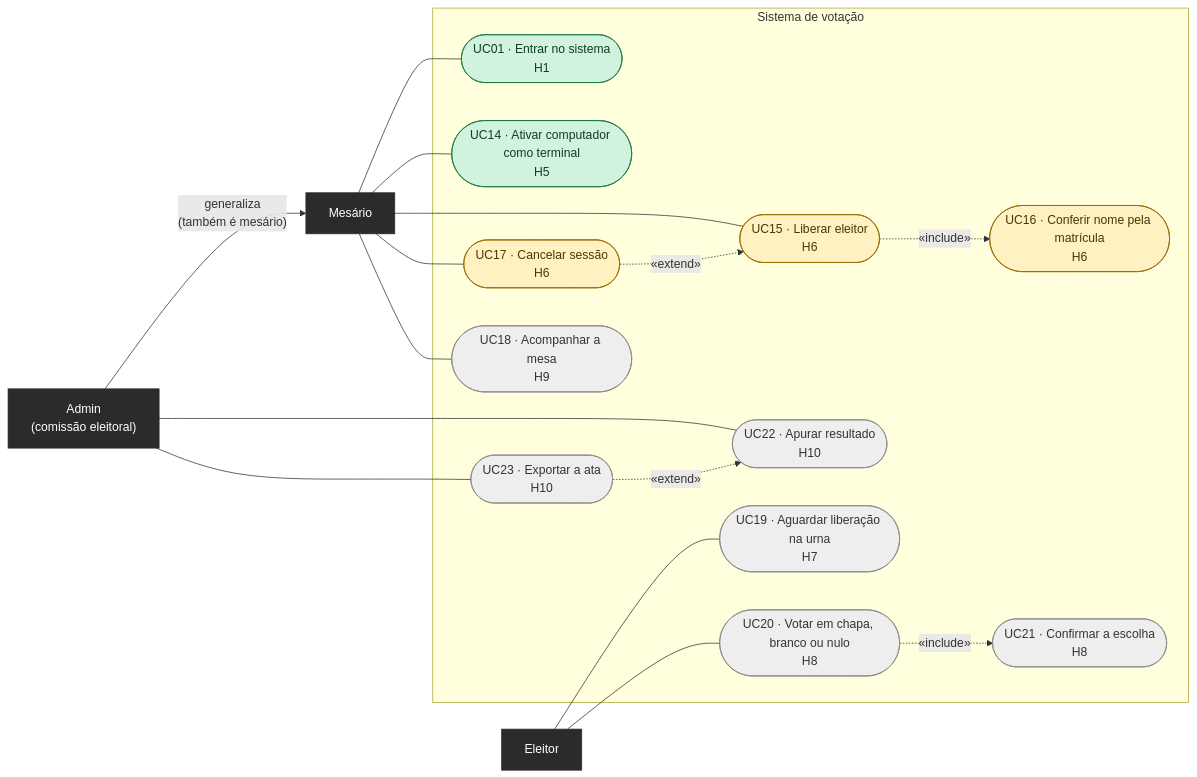
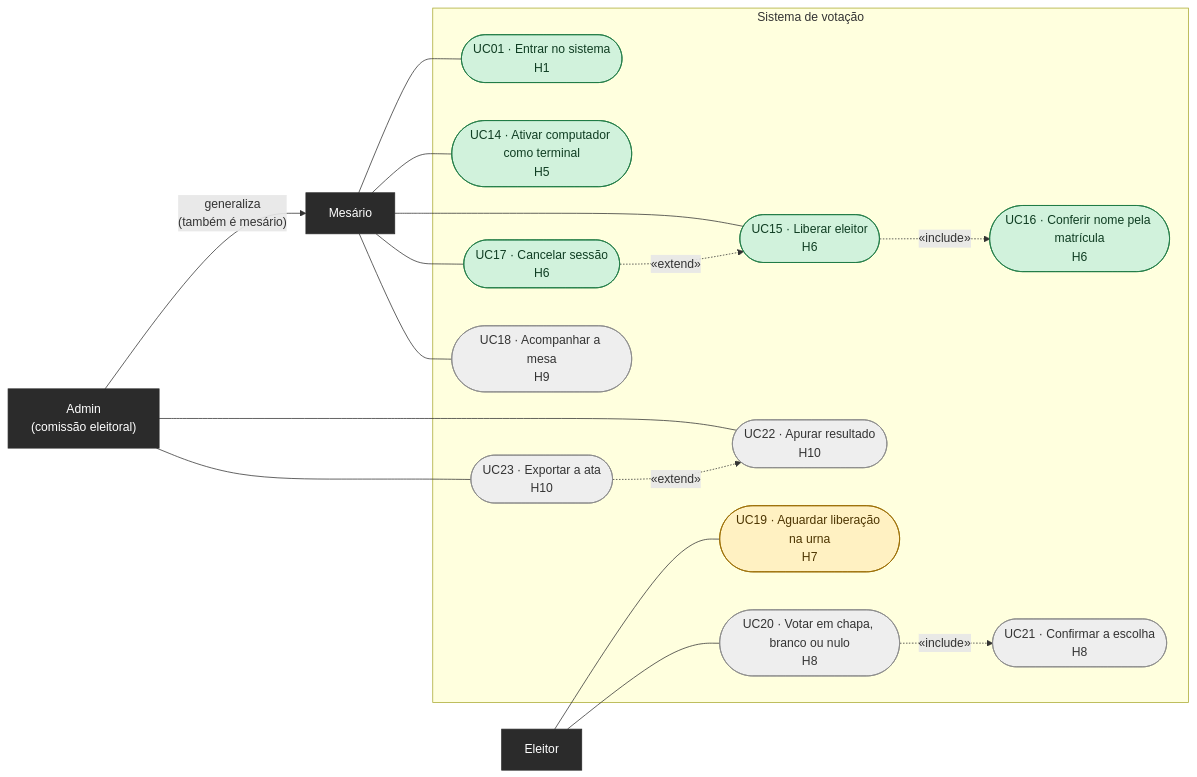
Before and after one commit to prof-ronildo-unicatolica/votacao-digitech: the third of 10 diagrams in docs/DIAGRAMAS.md, drawn with Mermaid. The commit also changed other lines of this file and 16 other files, not shown here.

````diff
--- a/docs/DIAGRAMAS.md
+++ b/docs/DIAGRAMAS.md
@@ -81,44 +81,44 @@
 ```mermaid
 flowchart LR
     ADM["Admin<br/>(comissão eleitoral)"]:::ator
     MES["Mesário"]:::ator
     ELE["Eleitor"]:::ator
     ADM -- "generaliza<br/>(também é mesário)" --> MES
 
     subgraph SIS["Sistema de votação"]
         UC01(["UC01 · Entrar no sistema<br/>H1"])
         UC14(["UC14 · Ativar computador como terminal<br/>H5"])
         UC15(["UC15 · Liberar eleitor<br/>H6"])
         UC16(["UC16 · Conferir nome pela matrícula<br/>H6"])
         UC17(["UC17 · Cancelar sessão<br/>H6"])
         UC18(["UC18 · Acompanhar a mesa<br/>H9"])
         UC19(["UC19 · Aguardar liberação na urna<br/>H7"])
         UC20(["UC20 · Votar em chapa, branco ou nulo<br/>H8"])
         UC21(["UC21 · Confirmar a escolha<br/>H8"])
         UC22(["UC22 · Apurar resultado<br/>H10"])
         UC23(["UC23 · Exportar a ata<br/>H10"])
     end
 
     MES --- UC01
     MES --- UC14
     MES --- UC15
     MES --- UC17
     MES --- UC18
     ELE --- UC19
     ELE --- UC20
     ADM --- UC22
     ADM --- UC23
 
     UC15 -. "«include»" .-> UC16
     UC17 -. "«extend»" .-> UC15
     UC20 -. "«include»" .-> UC21
     UC23 -. "«extend»" .-> UC22
 
-    class UC01,UC14 feito
-    class UC15,UC16,UC17 revisao
-    class UC18,UC19,UC20,UC21,UC22,UC23 afazer
+    class UC01,UC14,UC15,UC16,UC17 feito
+    class UC19 revisao
+    class UC18,UC20,UC21,UC22,UC23 afazer
     classDef ator fill:#2b2b2b,stroke:#2b2b2b,color:#ffffff
     classDef feito fill:#d1f2dc,stroke:#1e7a44,color:#0f3d22
     classDef revisao fill:#fff1c2,stroke:#9a6b00,color:#4d3500
     classDef afazer fill:#eeeeee,stroke:#8a8a8a,color:#333333
 ```
````
